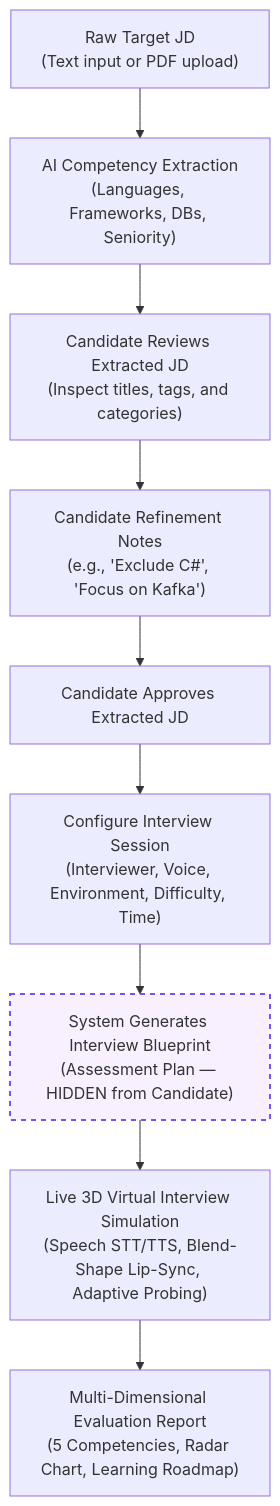
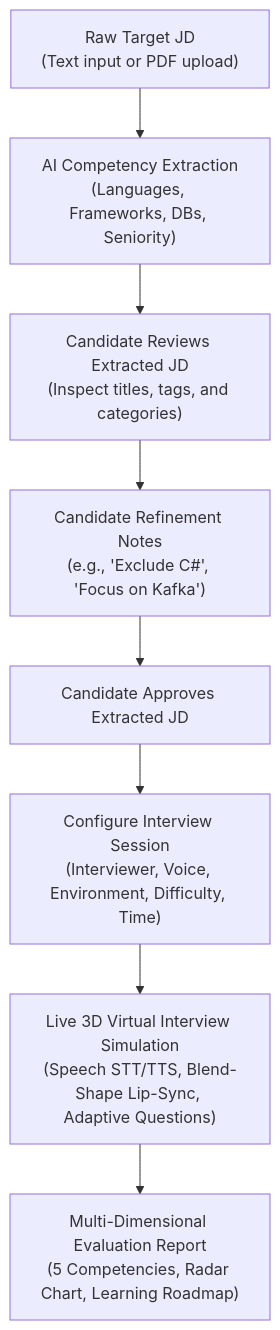
One commit to swp391-group3/ai-interview-practice-brain changed the first of 3 diagrams in 00_Project/Core-Flows.md. Above: the diagram before and after it, drawn with Mermaid. The commit also changed other lines of this file and 15 other files, not shown here.

Commit message:
docs(brain): sync reviewed RoleCue domain flows

````diff
--- a/00_Project/Core-Flows.md
+++ b/00_Project/Core-Flows.md
@@ -27,14 +27,11 @@
 ```mermaid
 flowchart TD
     A["Raw Target JD<br/>(Text input or PDF upload)"] --> B["AI Competency Extraction<br/>(Languages, Frameworks, DBs, Seniority)"]
     B --> C["Candidate Reviews Extracted JD<br/>(Inspect titles, tags, and categories)"]
     C --> D["Candidate Refinement Notes<br/>(e.g., 'Exclude C#', 'Focus on Kafka')"]
     D --> E["Candidate Approves Extracted JD"]
     E --> F["Configure Interview Session<br/>(Interviewer, Voice, Environment, Difficulty, Time)"]
-    F --> G["System Generates Interview Blueprint<br/>(Assessment Plan — HIDDEN from Candidate)"]
-    G --> H["Live 3D Virtual Interview Simulation<br/>(Speech STT/TTS, Blend-Shape Lip-Sync, Adaptive Probing)"]
+    F --> H["Live 3D Virtual Interview Simulation<br/>(Speech STT/TTS, Blend-Shape Lip-Sync, Adaptive Questions)"]
     H --> I["Multi-Dimensional Evaluation Report<br/>(5 Competencies, Radar Chart, Learning Roadmap)"]
 
-    classDef hidden fill:#f9f0ff,stroke:#7950f2,stroke-width:2px,stroke-dasharray: 5 5;
-    class G hidden;
 ```
````
